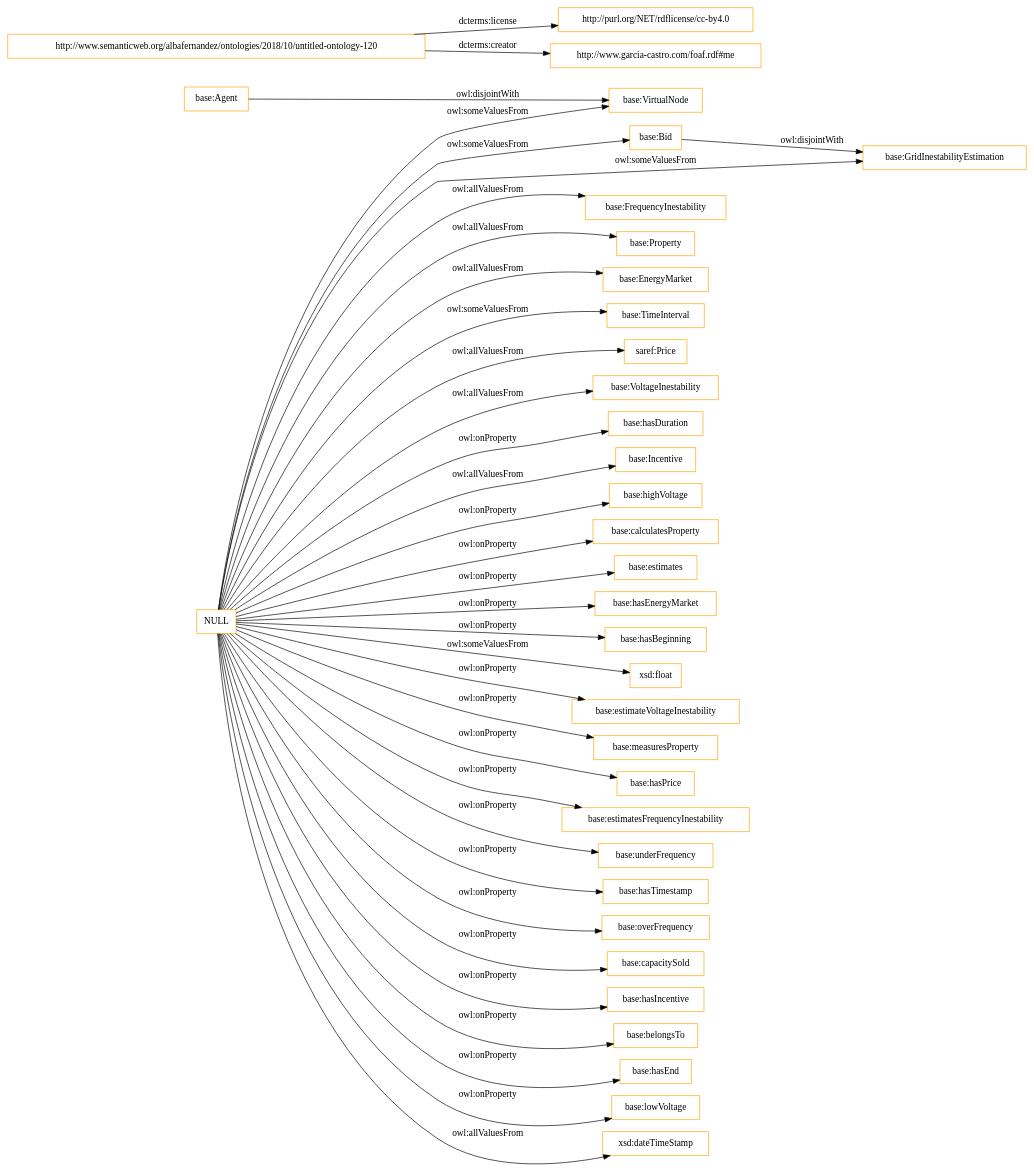
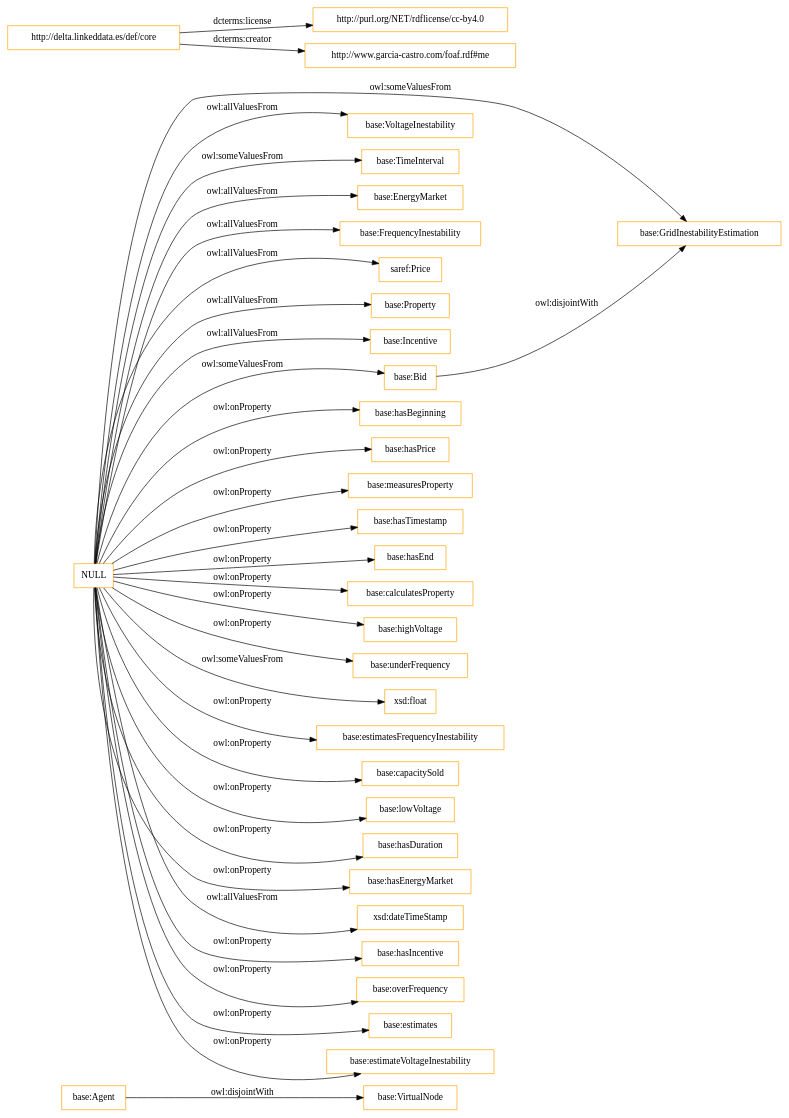
One commit to oeg-upm/delta-ontology changed the diagram in OnToology/ontology/delta.owl/diagrams/ar2dtool-class/delta.owl.png.dot. Above: the diagram before and after it, drawn with Graphviz. The commit also changed 12 other files, not shown here.

```diff
--- a/OnToology/ontology/delta.owl/diagrams/ar2dtool-class/delta.owl.png.dot
+++ b/OnToology/ontology/delta.owl/diagrams/ar2dtool-class/delta.owl.png.dot
@@ -1,40 +1,38 @@
 digraph ar2dtool_diagram { 
 rankdir=LR;
 size="1501"
-node [shape = rectangle, color="orange"]; "base:GridInestabilityEstimation" "base:FrequencyInestability" "base:Property" "base:Bid" "base:EnergyMarket" "base:TimeInterval" "base:Agent" "saref:Price" "base:VoltageInestability" "base:VirtualNode" "base:Incentive" ; /*classes style*/
+node [shape = rectangle, color="orange"]; "base:Agent" "base:GridInestabilityEstimation" "base:VoltageInestability" "base:TimeInterval" "base:EnergyMarket" "base:FrequencyInestability" "saref:Price" "base:Property" "base:Incentive" "base:VirtualNode" "base:Bid" ; /*classes style*/
 	"base:Bid" -> "base:GridInestabilityEstimation" [ label = "owl:disjointWith" ];
-	"base:Agent" -> "base:VirtualNode" [ label = "owl:disjointWith" ];
+	"NULL" -> "base:hasBeginning" [ label = "owl:onProperty" ];
+	"NULL" -> "base:TimeInterval" [ label = "owl:someValuesFrom" ];
+	"NULL" -> "base:hasPrice" [ label = "owl:onProperty" ];
+	"NULL" -> "base:measuresProperty" [ label = "owl:onProperty" ];
+	"NULL" -> "base:hasTimestamp" [ label = "owl:onProperty" ];
+	"NULL" -> "base:hasEnd" [ label = "owl:onProperty" ];
+	"NULL" -> "base:calculatesProperty" [ label = "owl:onProperty" ];
+	"NULL" -> "base:FrequencyInestability" [ label = "owl:allValuesFrom" ];
 	"NULL" -> "base:highVoltage" [ label = "owl:onProperty" ];
-	"NULL" -> "base:VirtualNode" [ label = "owl:someValuesFrom" ];
-	"NULL" -> "base:calculatesProperty" [ label = "owl:onProperty" ];
-	"NULL" -> "base:estimates" [ label = "owl:onProperty" ];
-	"NULL" -> "base:hasEnergyMarket" [ label = "owl:onProperty" ];
-	"NULL" -> "base:hasBeginning" [ label = "owl:onProperty" ];
+	"NULL" -> "base:underFrequency" [ label = "owl:onProperty" ];
 	"NULL" -> "base:Incentive" [ label = "owl:allValuesFrom" ];
 	"NULL" -> "xsd:float" [ label = "owl:someValuesFrom" ];
+	"NULL" -> "base:Property" [ label = "owl:allValuesFrom" ];
+	"NULL" -> "base:estimatesFrequencyInestability" [ label = "owl:onProperty" ];
+	"NULL" -> "base:VoltageInestability" [ label = "owl:allValuesFrom" ];
+	"NULL" -> "base:capacitySold" [ label = "owl:onProperty" ];
+	"NULL" -> "base:GridInestabilityEstimation" [ label = "owl:someValuesFrom" ];
+	"NULL" -> "base:lowVoltage" [ label = "owl:onProperty" ];
+	"NULL" -> "base:hasDuration" [ label = "owl:onProperty" ];
+	"NULL" -> "base:hasEnergyMarket" [ label = "owl:onProperty" ];
+	"NULL" -> "base:Bid" [ label = "owl:someValuesFrom" ];
+	"NULL" -> "xsd:dateTimeStamp" [ label = "owl:allValuesFrom" ];
+	"NULL" -> "base:hasIncentive" [ label = "owl:onProperty" ];
+	"NULL" -> "base:overFrequency" [ label = "owl:onProperty" ];
+	"NULL" -> "base:estimates" [ label = "owl:onProperty" ];
 	"NULL" -> "base:estimateVoltageInestability" [ label = "owl:onProperty" ];
-	"NULL" -> "base:measuresProperty" [ label = "owl:onProperty" ];
-	"NULL" -> "base:hasPrice" [ label = "owl:onProperty" ];
-	"NULL" -> "base:estimatesFrequencyInestability" [ label = "owl:onProperty" ];
-	"NULL" -> "base:TimeInterval" [ label = "owl:someValuesFrom" ];
-	"NULL" -> "base:GridInestabilityEstimation" [ label = "owl:someValuesFrom" ];
-	"NULL" -> "base:Bid" [ label = "owl:someValuesFrom" ];
-	"NULL" -> "base:underFrequency" [ label = "owl:onProperty" ];
-	"NULL" -> "base:VoltageInestability" [ label = "owl:allValuesFrom" ];
-	"NULL" -> "base:hasTimestamp" [ label = "owl:onProperty" ];
-	"NULL" -> "base:overFrequency" [ label = "owl:onProperty" ];
-	"NULL" -> "base:capacitySold" [ label = "owl:onProperty" ];
-	"NULL" -> "base:hasIncentive" [ label = "owl:onProperty" ];
-	"NULL" -> "base:FrequencyInestability" [ label = "owl:allValuesFrom" ];
 	"NULL" -> "base:EnergyMarket" [ label = "owl:allValuesFrom" ];
-	"NULL" -> "base:belongsTo" [ label = "owl:onProperty" ];
-	"NULL" -> "base:hasEnd" [ label = "owl:onProperty" ];
-	"NULL" -> "base:lowVoltage" [ label = "owl:onProperty" ];
-	"NULL" -> "xsd:dateTimeStamp" [ label = "owl:allValuesFrom" ];
-	"NULL" -> "base:Property" [ label = "owl:allValuesFrom" ];
-	"NULL" -> "base:hasDuration" [ label = "owl:onProperty" ];
 	"NULL" -> "saref:Price" [ label = "owl:allValuesFrom" ];
-	"http://www.semanticweb.org/albafernandez/ontologies/2018/10/untitled-ontology-120" -> "http://purl.org/NET/rdflicense/cc-by4.0" [ label = "dcterms:license" ];
-	"http://www.semanticweb.org/albafernandez/ontologies/2018/10/untitled-ontology-120" -> "http://www.garcia-castro.com/foaf.rdf#me" [ label = "dcterms:creator" ];
+	"base:Agent" -> "base:VirtualNode" [ label = "owl:disjointWith" ];
+	"http://delta.linkeddata.es/def/core" -> "http://purl.org/NET/rdflicense/cc-by4.0" [ label = "dcterms:license" ];
+	"http://delta.linkeddata.es/def/core" -> "http://www.garcia-castro.com/foaf.rdf#me" [ label = "dcterms:creator" ];
 
 }
```
